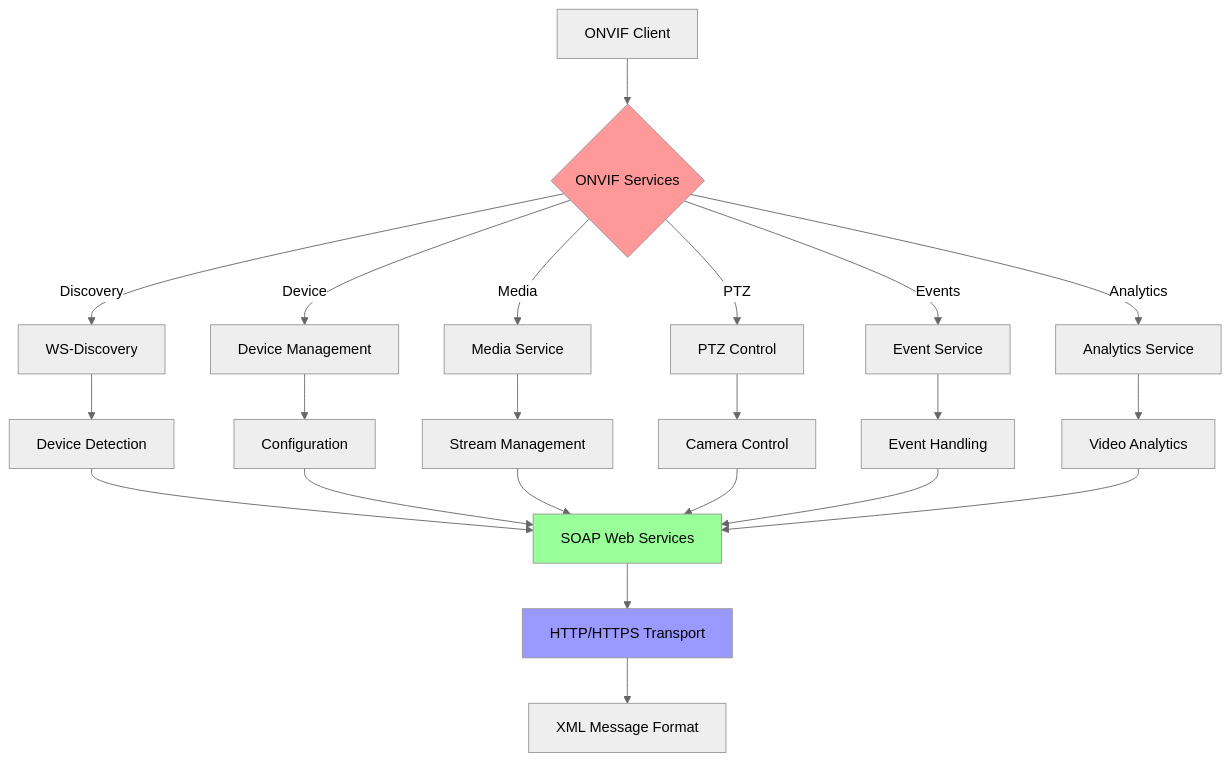
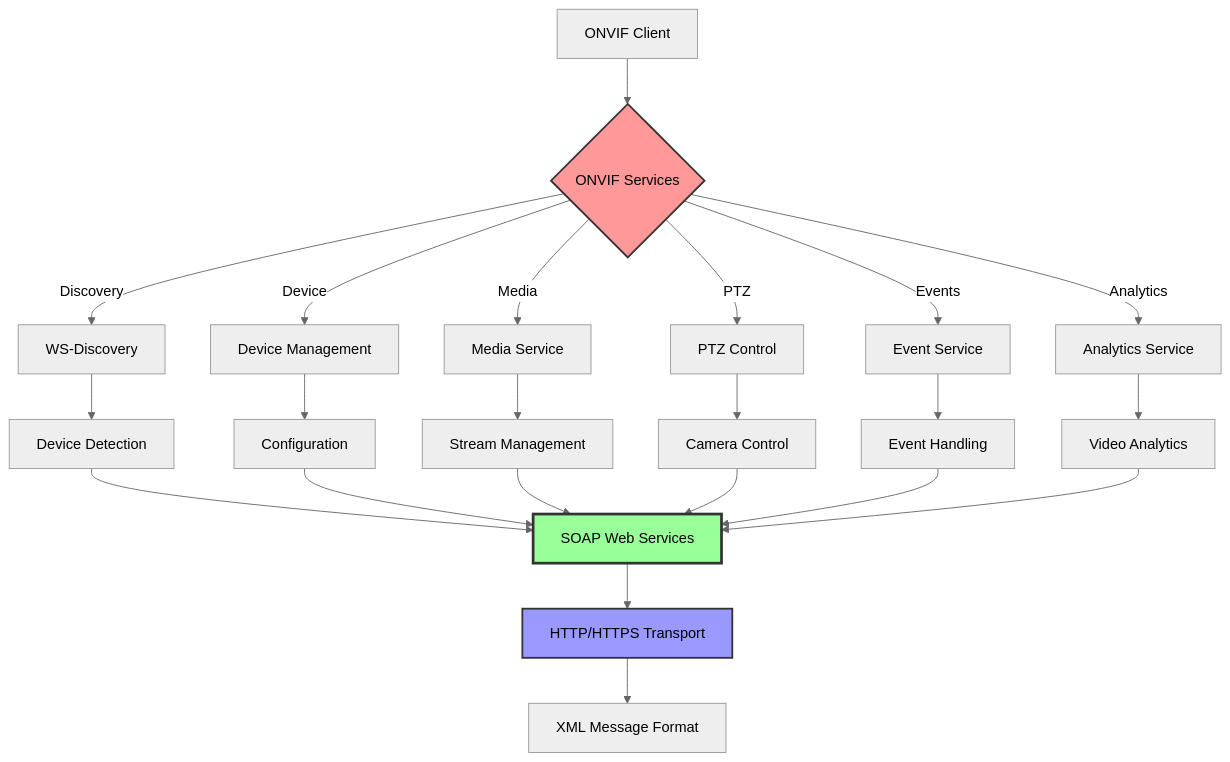
One commit to JayeshKakkad-Rotoclear/Rotoclear-C-Pro-Docs changed the diagram in docs/integration/onvif-protocol.md. Above: the diagram before and after it, drawn with Mermaid (neutral theme). The commit also changed 14 other files, not shown here.

Commit message:
Improve Mermaid diagram formatting for better presentation - Added better spacing, styling, and layout - Enhanced readability with color coding and proper node alignment - Improved subgraph organization - Better decision tree layouts

````diff
--- a/docs/integration/onvif-protocol.md
+++ b/docs/integration/onvif-protocol.md
@@ -9,32 +9,32 @@
 ```mermaid
 graph TB
     A[ONVIF Client] --> B{ONVIF Services}
     
     B -->|Discovery| C[WS-Discovery]
     B -->|Device| D[Device Management]
     B -->|Media| E[Media Service]
     B -->|PTZ| F[PTZ Control]
     B -->|Events| G[Event Service]
     B -->|Analytics| H[Analytics Service]
     
     C --> I[Device Detection]
     D --> J[Configuration]
     E --> K[Stream Management]
     F --> L[Camera Control]
     G --> M[Event Handling]
     H --> N[Video Analytics]
     
     I --> O[SOAP Web Services]
     J --> O
     K --> O
     L --> O
     M --> O
     N --> O
     
     O --> P[HTTP/HTTPS Transport]
     P --> Q[XML Message Format]
     
-    style B fill:#ff9999
-    style O fill:#99ff99
-    style P fill:#9999ff
+    style B fill:#ff9999,stroke:#333,stroke-width:2px
+    style O fill:#99ff99,stroke:#333,stroke-width:3px
+    style P fill:#9999ff,stroke:#333,stroke-width:2px
 ```
````
